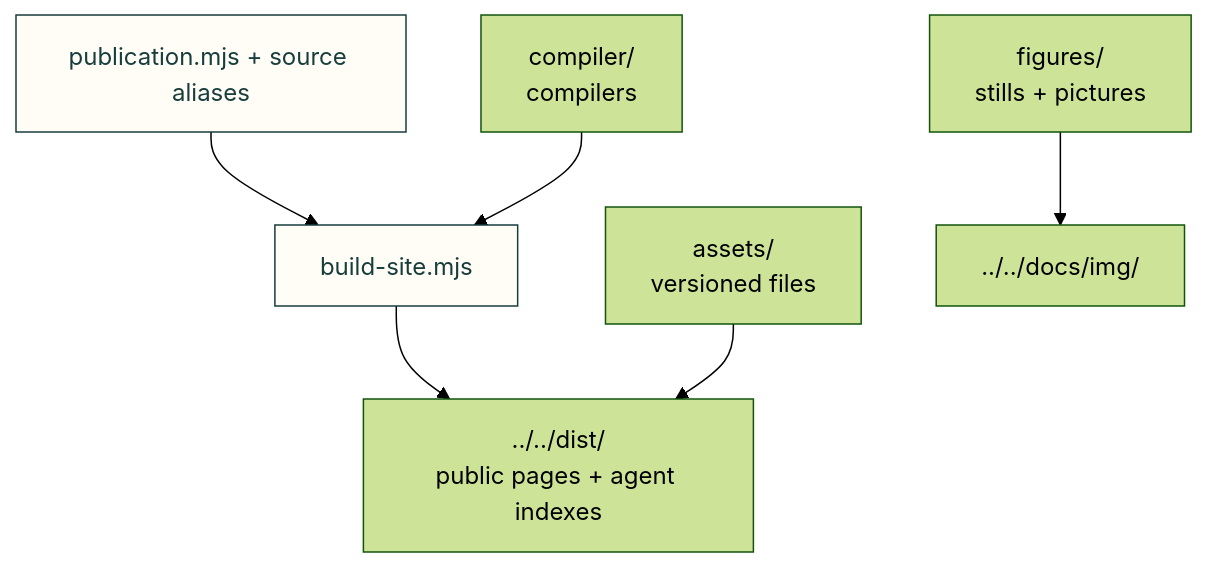
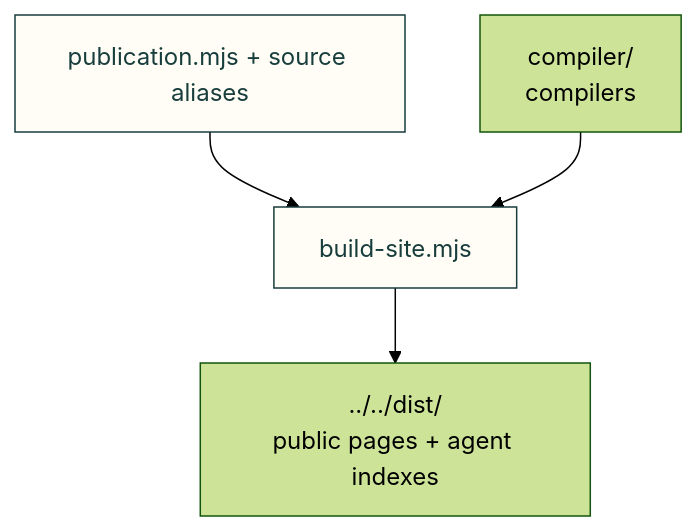
Before and after one commit to Valpatel/cad-agent: the first of 2 diagrams in tools/site/README.md, drawn with Mermaid (forest theme). The commit also changed other lines of this file and 26 other files, not shown here.

Commit message:
docs(repo): make published folder diagrams readable across screen sizes

````diff
--- a/tools/site/README.md
+++ b/tools/site/README.md
@@ -11,11 +13,13 @@
 ```mermaid
 flowchart TD
-    S["publication.mjs + source aliases"] --> B["build-site.mjs"]
-    C["compiler/<br/>compilers"] --> B
-    B --> D["../../dist/<br/>public pages + agent indexes"]
-    A["assets/<br/>versioned files"] --> D
-    F["figures/<br/>stills + pictures"] --> I["../../docs/img/"]
+    S["publication.mjs + source aliases"]
+    B["build-site.mjs"]
+    C["compiler/<br/>compilers"]
+    D["../../dist/<br/>public pages + agent indexes"]
+    S --> B
+    C --> B
+    B --> D
     classDef here fill:#fffdf5,stroke:#173d3c,color:#173d3c
     classDef near fill:#eef1e4,stroke:#6f8a80,color:#173d3c
     class S,B here
 ```
````
